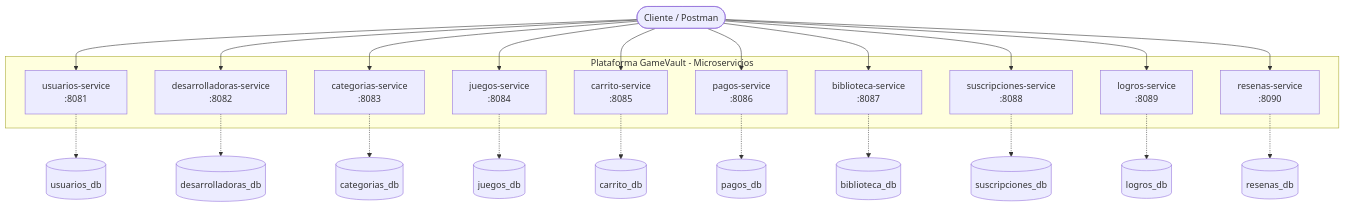
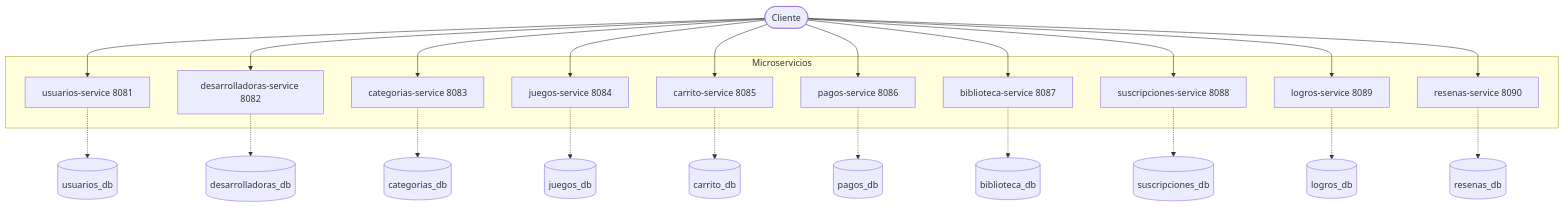
Before and after one commit to roz-ctrl/plataforma-videojuegos: the first of 4 diagrams in ARQUITECTURA.md, drawn with Mermaid. The commit also changed other lines of this file and 3 other files, not shown here.

````diff
--- a/ARQUITECTURA.md
+++ b/ARQUITECTURA.md
@@ -19,30 +11,30 @@
 ```mermaid
 flowchart TB
-    Cliente([Cliente / Postman])
+    Cliente([Cliente])
 
-    subgraph Plataforma GameVault - Microservicios
-        U[usuarios-service<br/>:8081]
-        D[desarrolladoras-service<br/>:8082]
-        C[categorias-service<br/>:8083]
-        J[juegos-service<br/>:8084]
-        CA[carrito-service<br/>:8085]
-        P[pagos-service<br/>:8086]
-        B[biblioteca-service<br/>:8087]
-        S[suscripciones-service<br/>:8088]
-        L[logros-service<br/>:8089]
-        R[resenas-service<br/>:8090]
+    subgraph Microservicios
+        U[usuarios-service 8081]
+        D[desarrolladoras-service 8082]
+        C[categorias-service 8083]
+        J[juegos-service 8084]
+        CA[carrito-service 8085]
+        P[pagos-service 8086]
+        B[biblioteca-service 8087]
+        S[suscripciones-service 8088]
+        L[logros-service 8089]
+        R[resenas-service 8090]
     end
 
     Cliente --> U & D & C & J & CA & P & B & S & L & R
 
     U -.-> DBU[(usuarios_db)]
     D -.-> DBD[(desarrolladoras_db)]
     C -.-> DBC[(categorias_db)]
     J -.-> DBJ[(juegos_db)]
     CA -.-> DBCA[(carrito_db)]
     P -.-> DBP[(pagos_db)]
     B -.-> DBB[(biblioteca_db)]
     S -.-> DBS[(suscripciones_db)]
     L -.-> DBL[(logros_db)]
     R -.-> DBR[(resenas_db)]
 ```
````
